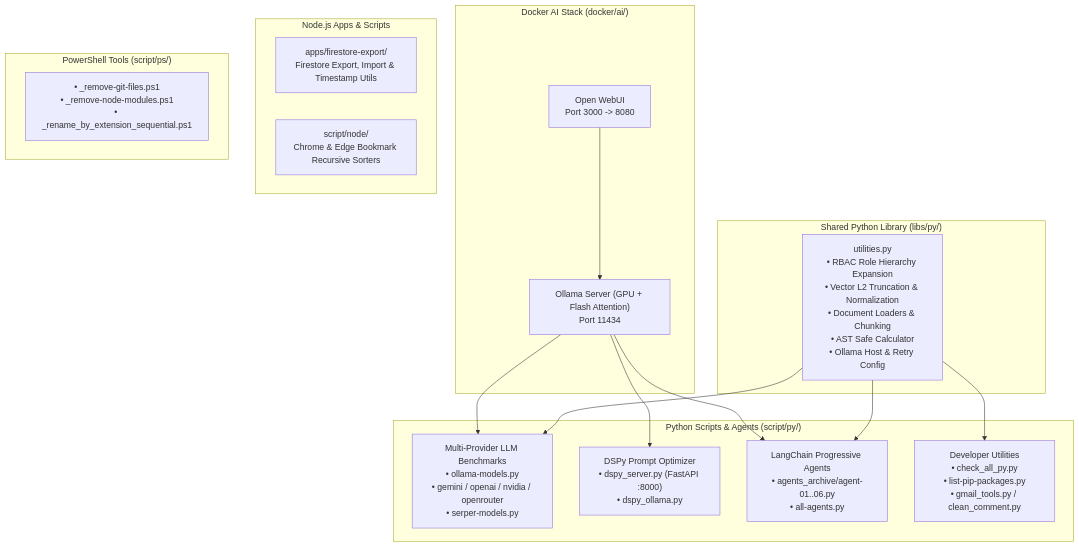
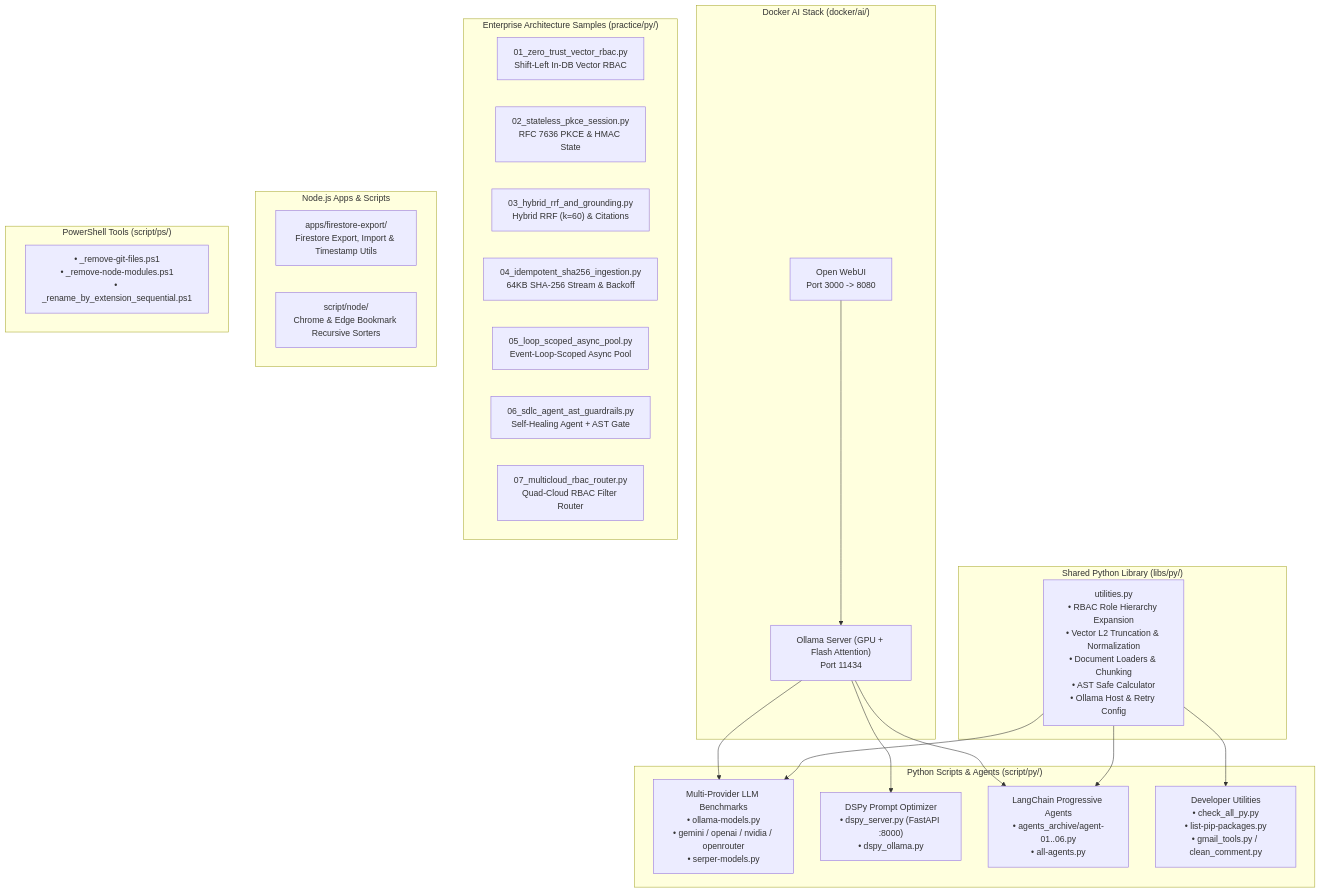
The diagram in README.md (Kenono2000/poc), drawn with Mermaid before and after one commit. The commit also changed other lines of this file and 2 other files, not shown here.

Commit message:
add enterprise AI architecture reference samples and remove obsolete prompt docs

````diff
--- a/README.md
+++ b/README.md
@@ -9,35 +9,45 @@
 ```mermaid
 flowchart TD
     subgraph Infra["Docker AI Stack (docker/ai/)"]
         Ollama["Ollama Server (GPU + Flash Attention)<br/>Port 11434"]
         WebUI["Open WebUI<br/>Port 3000 -> 8080"]
         WebUI --> Ollama
     end
 
     subgraph Shared["Shared Python Library (libs/py/)"]
         Utils["utilities.py<br/>• RBAC Role Hierarchy Expansion<br/>• Vector L2 Truncation & Normalization<br/>• Document Loaders & Chunking<br/>• AST Safe Calculator<br/>• Ollama Host & Retry Config"]
+    end
+
+    subgraph Practice["Enterprise Architecture Samples (practice/py/)"]
+        P1["01_zero_trust_vector_rbac.py<br/>Shift-Left In-DB Vector RBAC"]
+        P2["02_stateless_pkce_session.py<br/>RFC 7636 PKCE & HMAC State"]
+        P3["03_hybrid_rrf_and_grounding.py<br/>Hybrid RRF (k=60) & Citations"]
+        P4["04_idempotent_sha256_ingestion.py<br/>64KB SHA-256 Stream & Backoff"]
+        P5["05_loop_scoped_async_pool.py<br/>Event-Loop-Scoped Async Pool"]
+        P6["06_sdlc_agent_ast_guardrails.py<br/>Self-Healing Agent + AST Gate"]
+        P7["07_multicloud_rbac_router.py<br/>Quad-Cloud RBAC Filter Router"]
     end
 
     subgraph PyScripts["Python Scripts & Agents (script/py/)"]
         Bench["Multi-Provider LLM Benchmarks<br/>• ollama-models.py<br/>• gemini / openai / nvidia / openrouter<br/>• serper-models.py"]
         DSPy["DSPy Prompt Optimizer<br/>• dspy_server.py (FastAPI :8000)<br/>• dspy_ollama.py"]
         Agents["LangChain Progressive Agents<br/>• agents_archive/agent-01..06.py<br/>• all-agents.py"]
         DevTools["Developer Utilities<br/>• check_all_py.py<br/>• list-pip-packages.py<br/>• gmail_tools.py / clean_comment.py"]
     end
 
     subgraph NodeJS["Node.js Apps & Scripts"]
         Firestore["apps/firestore-export/<br/>Firestore Export, Import & Timestamp Utils"]
         Bookmarks["script/node/<br/>Chrome & Edge Bookmark Recursive Sorters"]
     end
 
     subgraph PS["PowerShell Tools (script/ps/)"]
         CleanPS["• _remove-git-files.ps1<br/>• _remove-node-modules.ps1<br/>• _rename_by_extension_sequential.ps1"]
     end
 
     Utils --> Bench
     Utils --> Agents
     Utils --> DevTools
     Ollama --> DSPy
     Ollama --> Agents
     Ollama --> Bench
 ```
````
